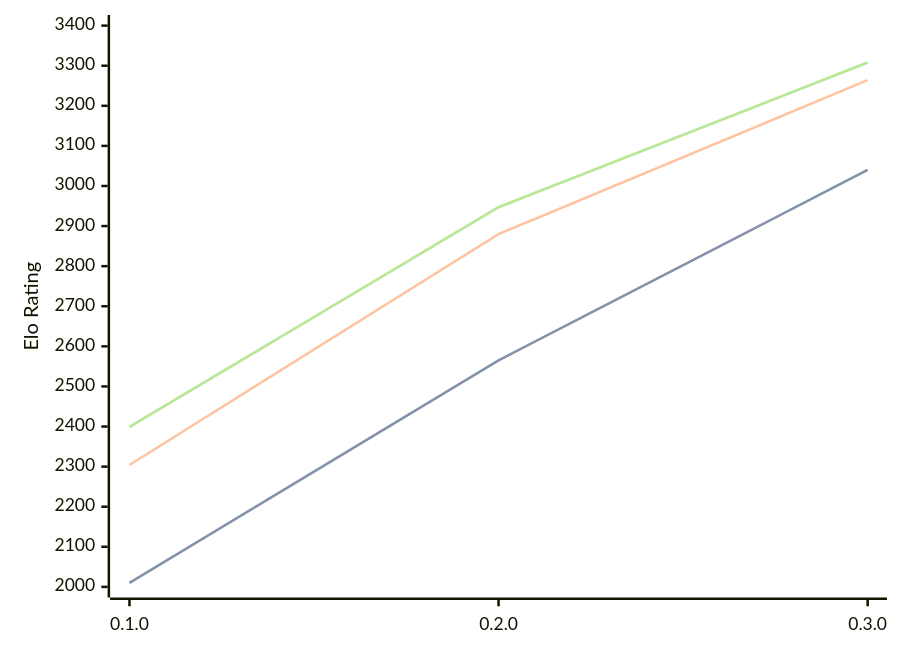
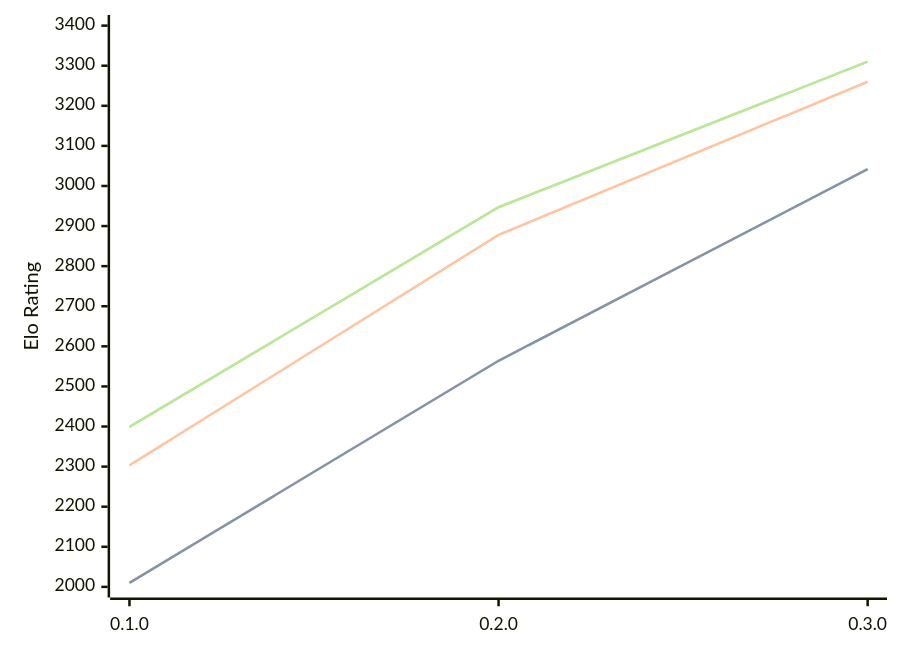
One commit to computer-chess-index/cci changed the diagram in engines/Justbot.md. Above: the diagram before and after it, drawn with Mermaid. The commit also changed other lines of this file, not shown here.

Commit message:
Update CCI Ratings (ELO VLTC) - 2026-08-04

````diff
--- a/engines/Justbot.md
+++ b/engines/Justbot.md
@@ -33,11 +33,11 @@
 ```mermaid
 %%{init: {"theme":"base","themeVariables":{"seriesColors:['#a3a3a3','#222221','#faa371']}}}%%
 xychart-beta
   x-axis ["0.1.0", "0.2.0", "0.3.0"]
   y-axis "Elo Rating" 2000 --> 3400
-  line "STC (8.0+0.08s)" [2010, 2565, 3040]
-  line "STC (8.0+0.08s)" [2010, 2565, 3040]
-  line "LTC (60.0+0.60s)" [2304, 2880, 3264]
-  line "VLTC (2m24s+1.12s)" [2399, 2947, 3308]
-  line "VLTC (2m24s+1.12s)" [2399, 2947, 3308]
+  line "STC (8.0+0.08s)" [2010, 2564, 3042]
+  line "STC (8.0+0.08s)" [2010, 2564, 3042]
+  line "LTC (60.0+0.60s)" [2303, 2878, 3260]
+  line "VLTC (2m24s+1.12s)" [2399, 2947, 3310]
+  line "VLTC (2m24s+1.12s)" [2399, 2947, 3310]
 ```
````
